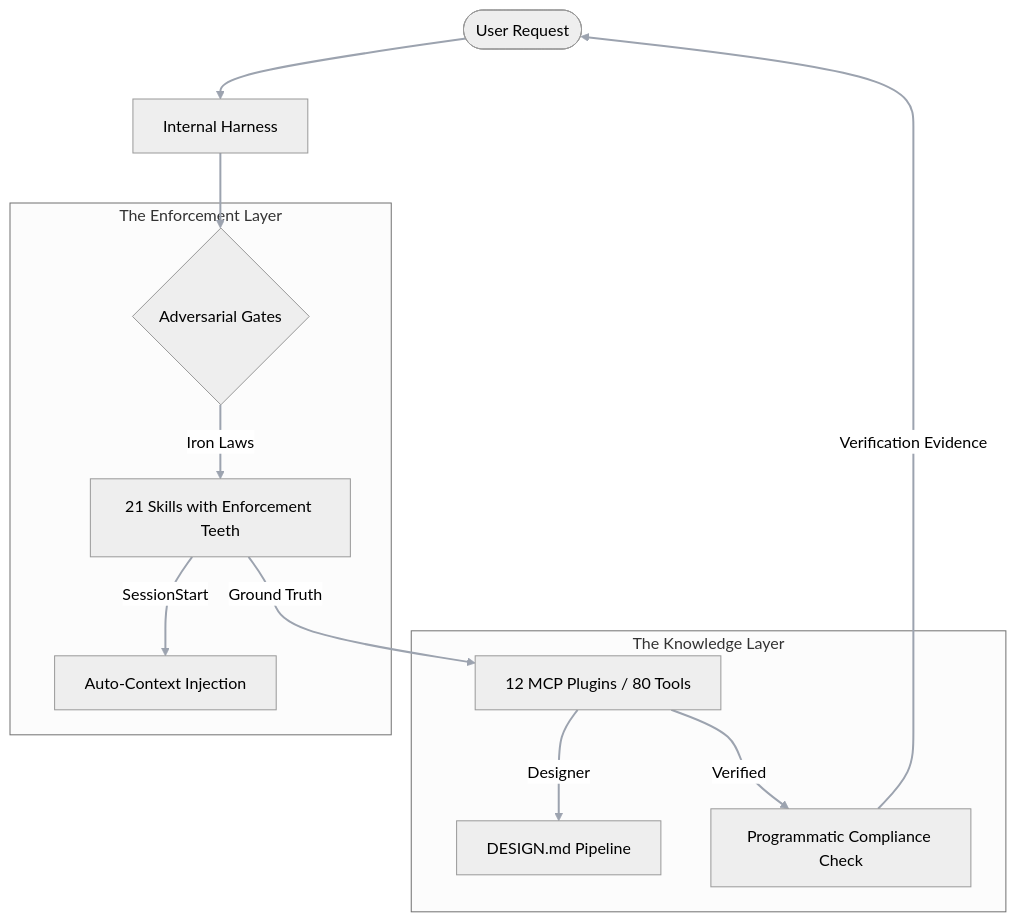
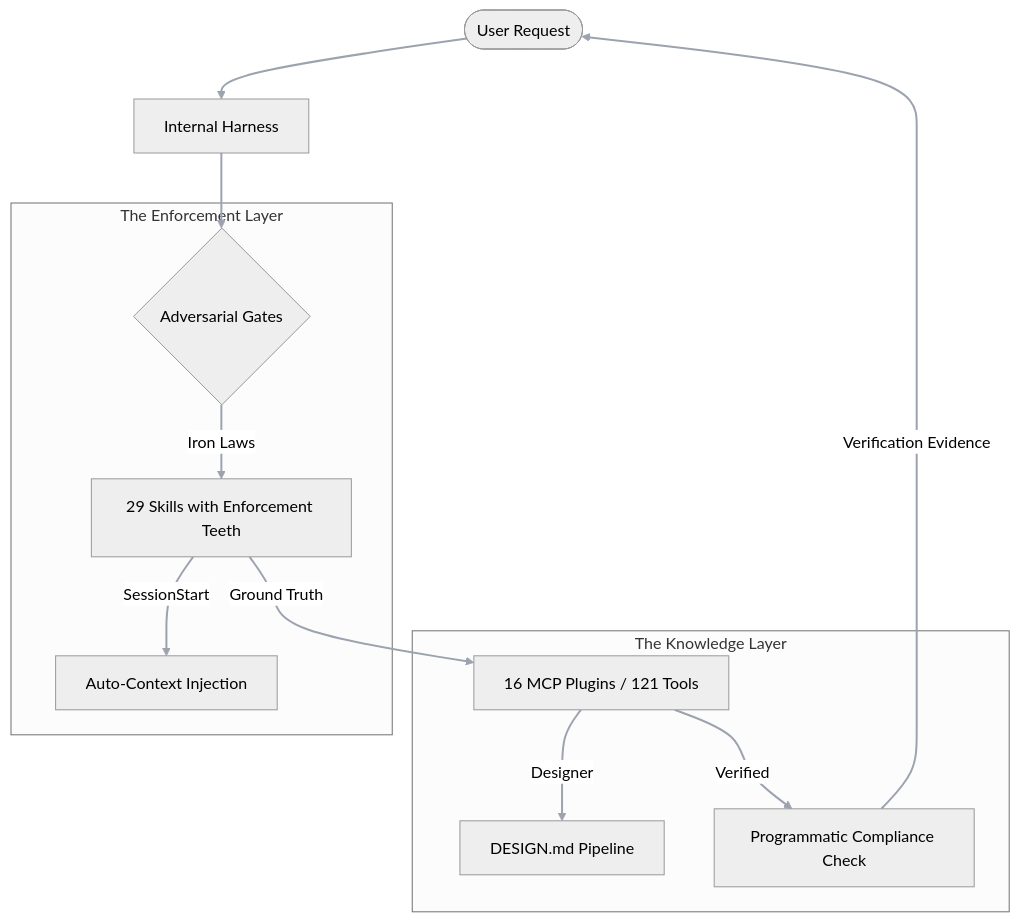
The diagram in README.md (orkait/hyperstack), drawn with Mermaid (neutral theme) before and after one commit. The commit also changed other lines of this file and 11 other files, not shown here.

````diff
--- a/README.md
+++ b/README.md
@@ -97,27 +97,27 @@
 ```mermaid
 graph TD
     User([User Request]) --> Harness[Internal Harness]
     Harness --> Gates{Adversarial Gates}
 
     subgraph "The Enforcement Layer"
-        Gates -->|Iron Laws| Skills[21 Skills with Enforcement Teeth]
+        Gates -->|Iron Laws| Skills[29 Skills with Enforcement Teeth]
         Skills -->|SessionStart| Injection[Auto-Context Injection]
     end
 
     subgraph "The Knowledge Layer"
-        Skills -->|Ground Truth| MCP[12 MCP Plugins / 80 Tools]
+        Skills -->|Ground Truth| MCP[16 MCP Plugins / 121 Tools]
         MCP -->|Designer| Design[DESIGN.md Pipeline]
         MCP -->|Verified| Code[Programmatic Compliance Check]
     end
 
     Code -->|Verification Evidence| User
 
     linkStyle 0 stroke:#9ca3af,stroke-width:2px
     linkStyle 1 stroke:#9ca3af,stroke-width:2px
     linkStyle 2 stroke:#9ca3af,stroke-width:2px
     linkStyle 3 stroke:#9ca3af,stroke-width:2px
     linkStyle 4 stroke:#9ca3af,stroke-width:2px
     linkStyle 5 stroke:#9ca3af,stroke-width:2px
     linkStyle 6 stroke:#9ca3af,stroke-width:2px
     linkStyle 7 stroke:#9ca3af,stroke-width:2px
 ```
````
